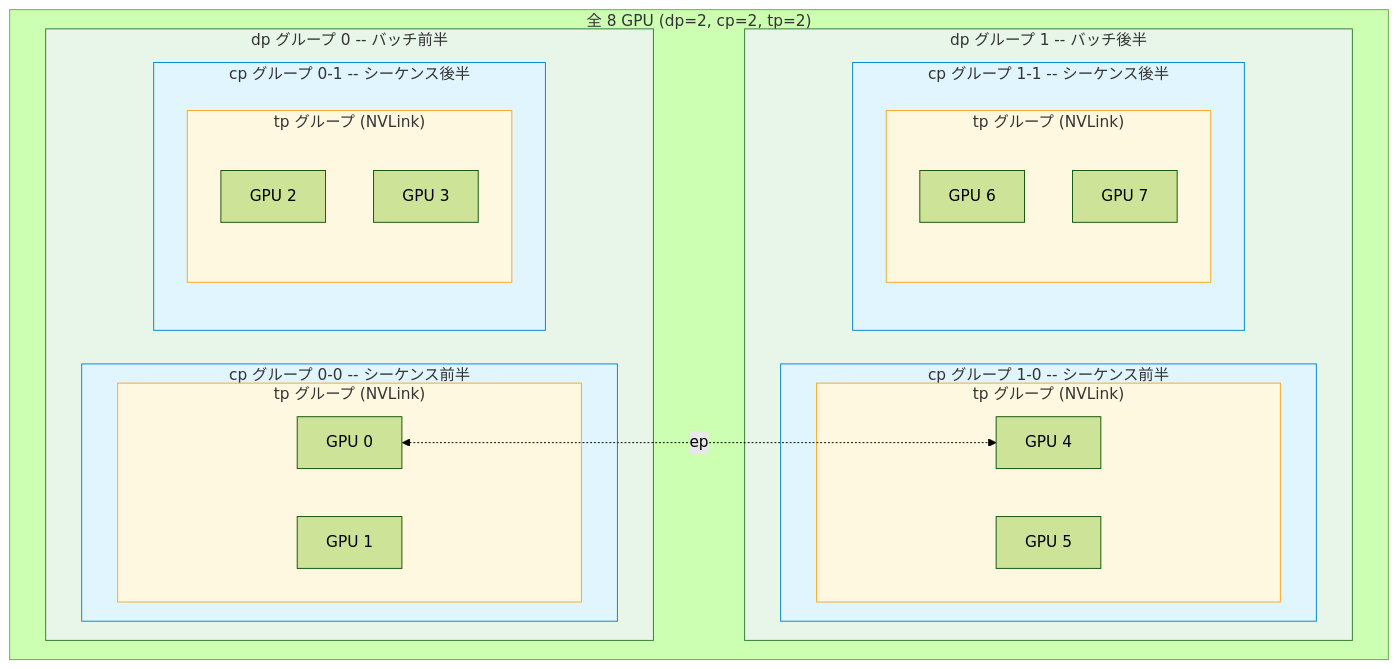
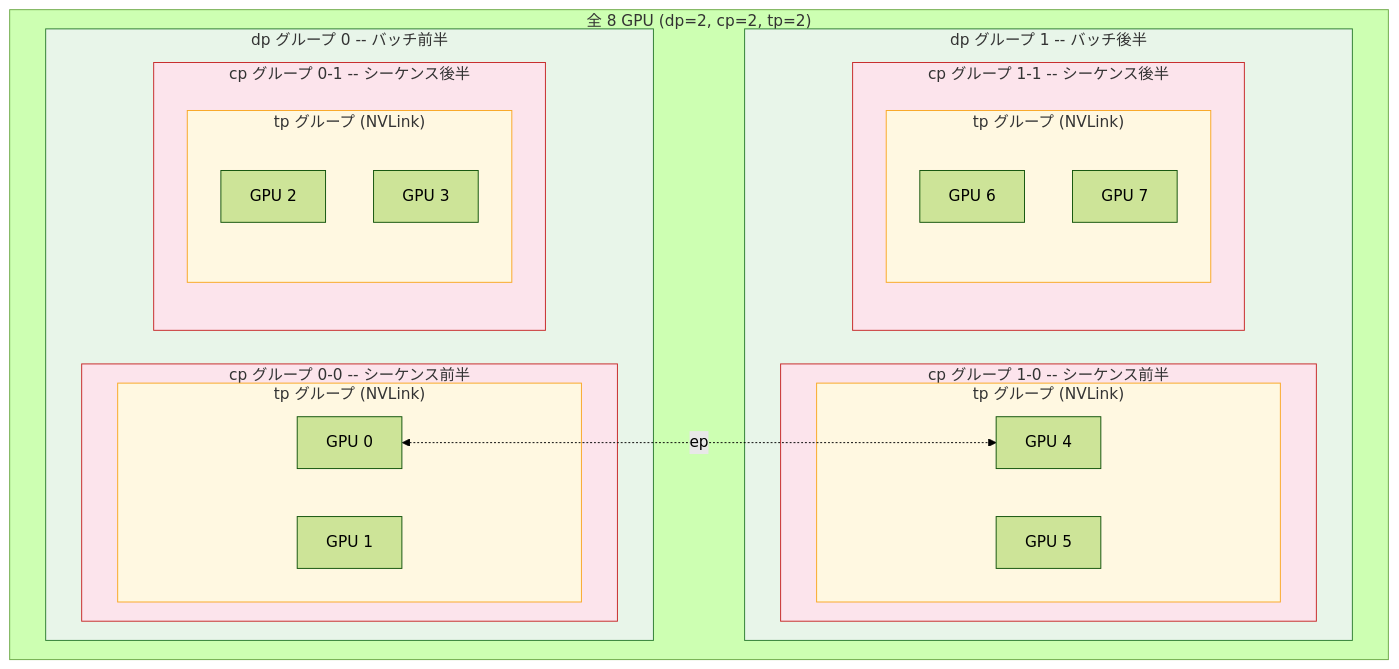
Diagram 19 of 19 in books/ml-distributed-experiment-collection/transformer-distributed-parallelism.md (littlemex/zenn), drawn with Mermaid (forest theme) before and after one commit. The commit also changed other lines of this file, not shown here.

````diff
--- a/books/ml-distributed-experiment-collection/transformer-distributed-parallelism.md
+++ b/books/ml-distributed-experiment-collection/transformer-distributed-parallelism.md
@@ -587,47 +902,47 @@
 ```mermaid
 graph TB
     subgraph all ["全 8 GPU (dp=2, cp=2, tp=2)"]
         subgraph dp0 ["dp グループ 0 -- バッチ前半"]
             subgraph cp00 ["cp グループ 0-0 -- シーケンス前半"]
                 subgraph tp000 ["tp グループ (NVLink)"]
                     GPU0["GPU 0"]
                     GPU1["GPU 1"]
                 end
             end
             subgraph cp01 ["cp グループ 0-1 -- シーケンス後半"]
                 subgraph tp010 ["tp グループ (NVLink)"]
                     GPU2["GPU 2"]
                     GPU3["GPU 3"]
                 end
             end
         end
 
         subgraph dp1 ["dp グループ 1 -- バッチ後半"]
             subgraph cp10 ["cp グループ 1-0 -- シーケンス前半"]
                 subgraph tp100 ["tp グループ (NVLink)"]
                     GPU4["GPU 4"]
                     GPU5["GPU 5"]
                 end
             end
             subgraph cp11 ["cp グループ 1-1 -- シーケンス後半"]
                 subgraph tp110 ["tp グループ (NVLink)"]
                     GPU6["GPU 6"]
                     GPU7["GPU 7"]
                 end
             end
         end
     end
 
     GPU0 <-.->|"ep"| GPU4
 
     style dp0 fill: #e8f5e9,stroke: #2e7d32
     style dp1 fill: #e8f5e9,stroke: #2e7d32
-    style cp00 fill: #e1f5fe,stroke: #0288d1
-    style cp01 fill: #e1f5fe,stroke: #0288d1
-    style cp10 fill: #e1f5fe,stroke: #0288d1
-    style cp11 fill: #e1f5fe,stroke: #0288d1
+    style cp00 fill: #fce4ec,stroke: #c62828
+    style cp01 fill: #fce4ec,stroke: #c62828
+    style cp10 fill: #fce4ec,stroke: #c62828
+    style cp11 fill: #fce4ec,stroke: #c62828
     style tp000 fill: #fff8e1,stroke: #f9a825
     style tp010 fill: #fff8e1,stroke: #f9a825
     style tp100 fill: #fff8e1,stroke: #f9a825
     style tp110 fill: #fff8e1,stroke: #f9a825
 ```
````
